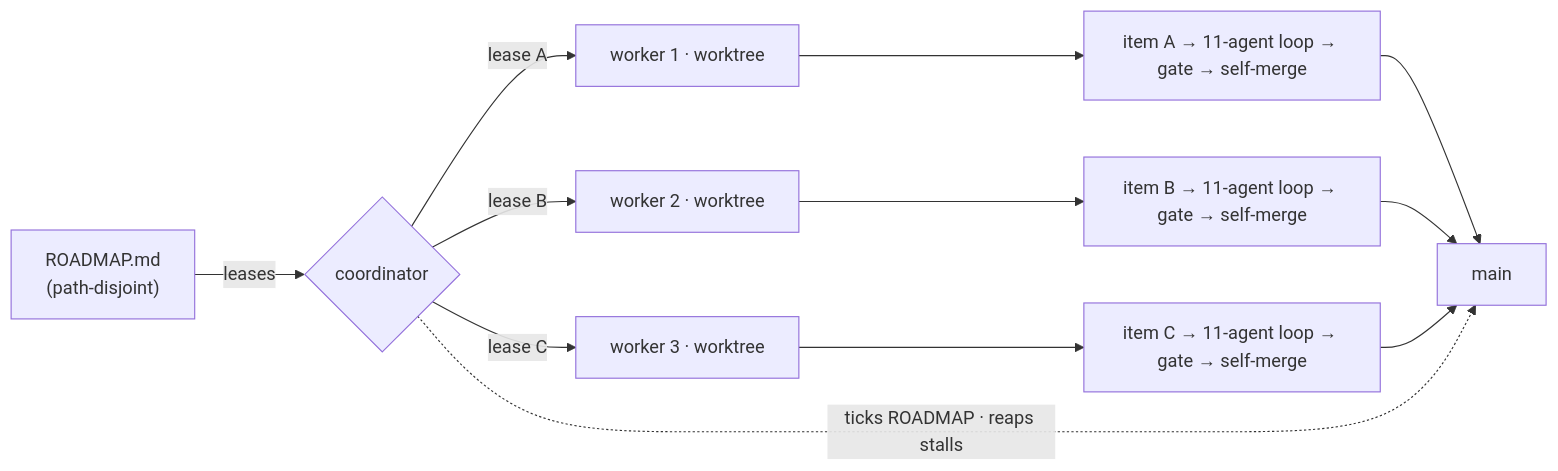
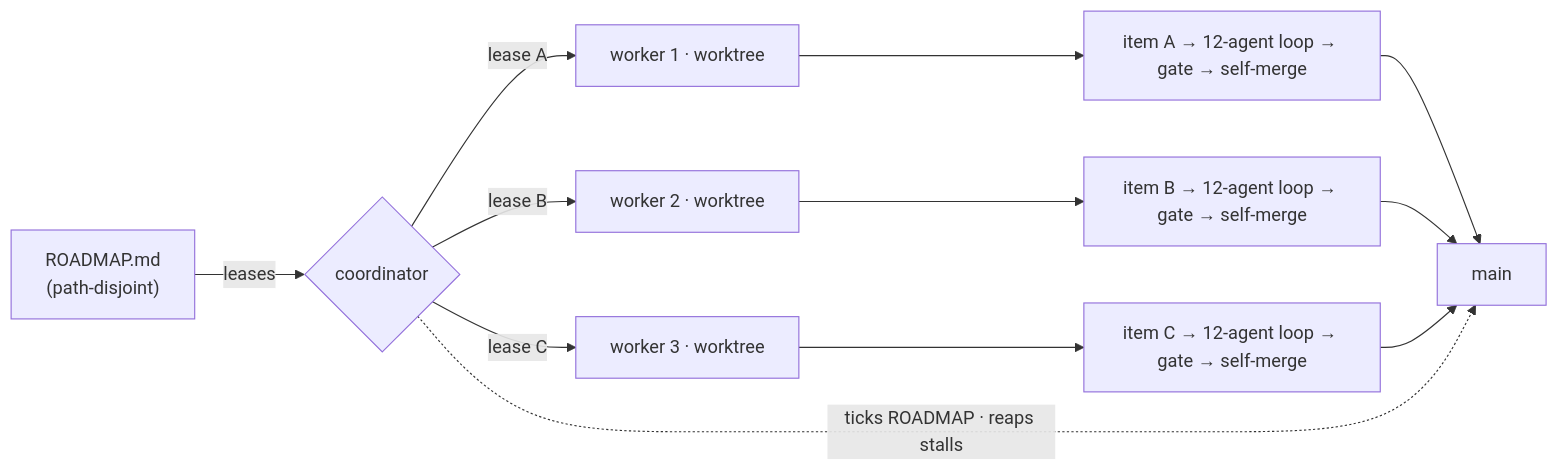
Before and after one commit to buagi/ace: the diagram in docs/swarm.md, drawn with Mermaid. The commit also changed other lines of this file and 23 other files, not shown here.

````diff
--- a/docs/swarm.md
+++ b/docs/swarm.md
@@ -19,14 +19,14 @@
 ```mermaid
 flowchart LR
   R["ROADMAP.md<br/>(path-disjoint)"] -->|leases| C{coordinator}
   C -->|lease A| W1["worker 1 · worktree"]
   C -->|lease B| W2["worker 2 · worktree"]
   C -->|lease C| W3["worker 3 · worktree"]
-  W1 --> L1["item A → 11-agent loop → gate → self-merge"]
-  W2 --> L2["item B → 11-agent loop → gate → self-merge"]
-  W3 --> L3["item C → 11-agent loop → gate → self-merge"]
+  W1 --> L1["item A → 12-agent loop → gate → self-merge"]
+  W2 --> L2["item B → 12-agent loop → gate → self-merge"]
+  W3 --> L3["item C → 12-agent loop → gate → self-merge"]
   L1 --> M["main"]
   L2 --> M
   L3 --> M
   C -.->|ticks ROADMAP · reaps stalls| M
 ```
````
